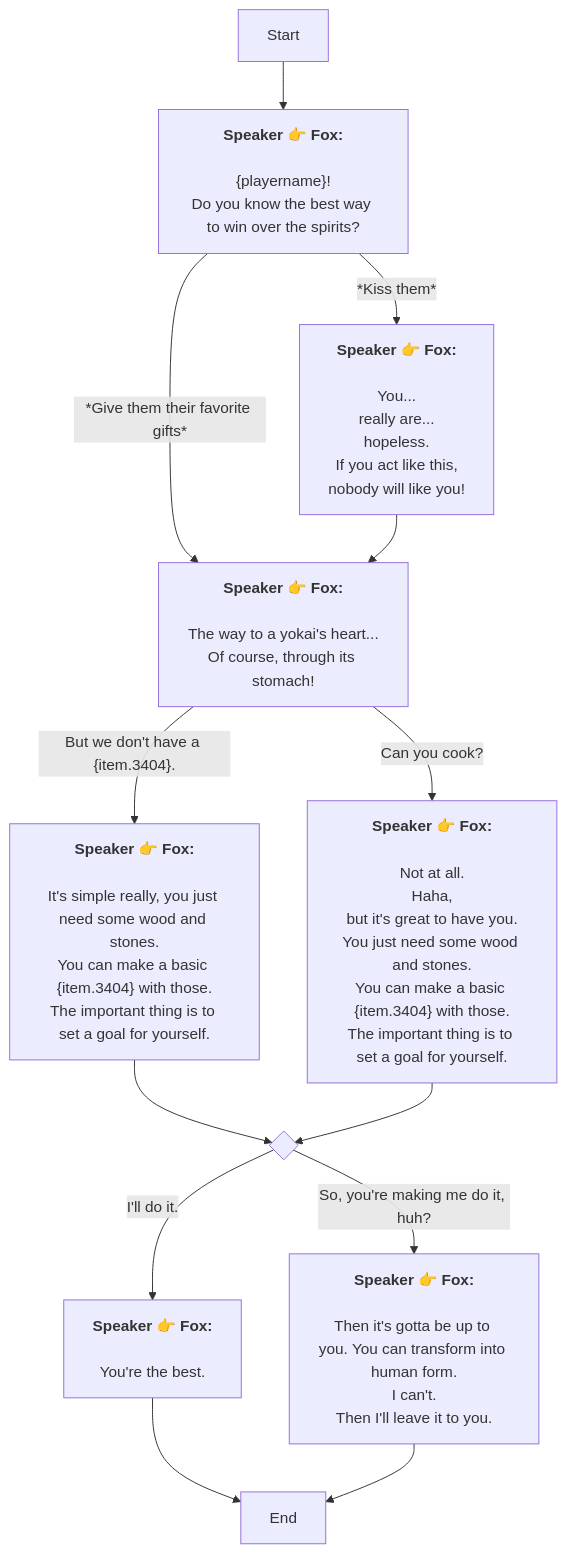
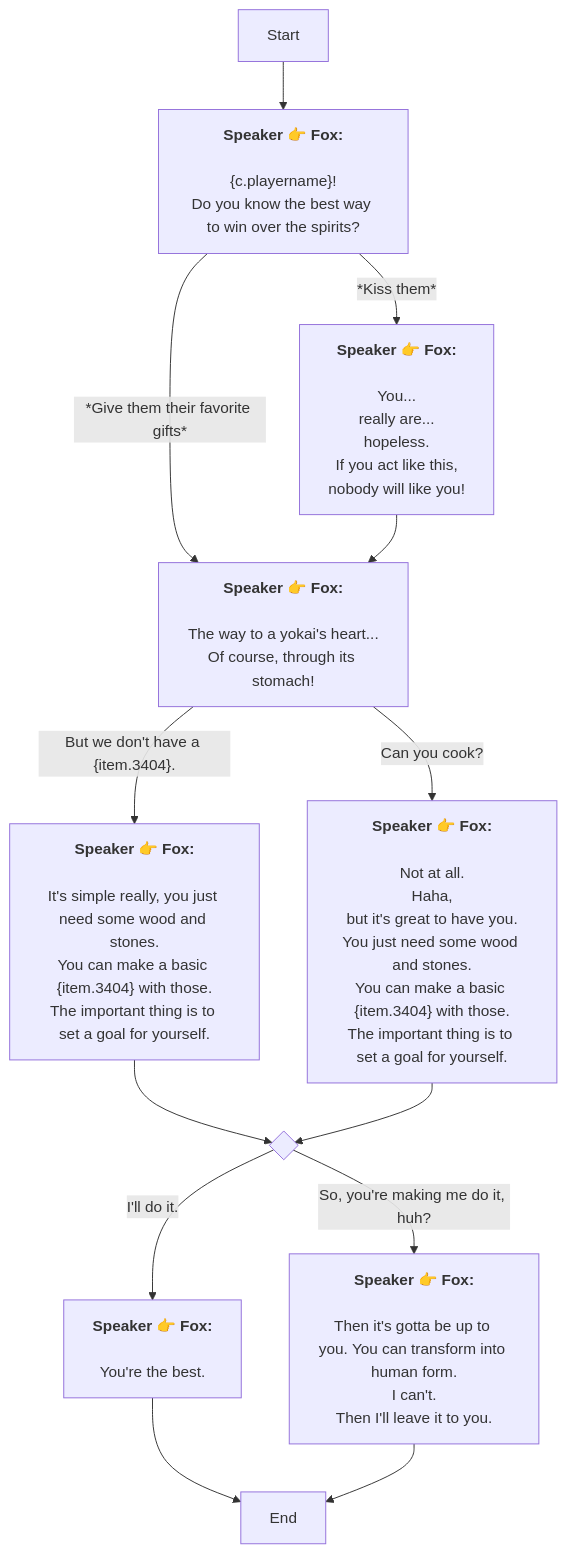
One commit to SoftHu/tos_avg changed the diagram in En/QuestStartTalkENode_1738530232465548.md. Above: the diagram before and after it, drawn with Mermaid. The commit also changed 410 other files, not shown here.

````diff
--- a/En/QuestStartTalkENode_1738530232465548.md
+++ b/En/QuestStartTalkENode_1738530232465548.md
@@ -1,36 +1,36 @@
 ```mermaid
 graph
 Start -->1738530500713615[<b>Speaker 👉 Fox:</b>
-\n&lbrace;playername&rbrace;!
+\n&lbrace;c.playername&rbrace;!
 Do you know the best way to win over the spirits?]
 1738530500713615 -->|*Kiss them*|1749512535586093[<b>Speaker 👉 Fox:</b>
 \nYou... 
 really are... 
 hopeless.\nIf you act like this,
 nobody will like you!]
 1738530500713615 -->|*Give them their favorite gifts*|1749512740558126[<b>Speaker 👉 Fox:</b>
 \nThe way to a yokai's heart...
 Of course, through its stomach!]
 1749512535586093 -->1749512740558126[<b>Speaker 👉 Fox:</b>
 \nThe way to a yokai's heart...
 Of course, through its stomach!]
 1749512740558126 -->|But we don't have a &lbrace;item.3404&rbrace;.|1751472270890311[<b>Speaker 👉 Fox:</b>
 \nIt's simple really, you just need some wood and stones.
 You can make a basic &lbrace;item.3404&rbrace; with those.
 The important thing is to set a goal for yourself.]
 1749512740558126 -->|Can you cook?|1751472323004745[<b>Speaker 👉 Fox:</b>
 \nNot at all.\nHaha,
 but it's great to have you.\nYou just need some wood and stones.
 You can make a basic &lbrace;item.3404&rbrace; with those.
 The important thing is to set a goal for yourself.]
 1751472270890311 -->437868067722577{ }
 1751472427525455 -->1738530669388945[End]
 1751472450629968 -->1738530669388945[End]
 1751472323004745 -->437868067722577{ }
 437868067722577 -->|I'll do it.|1751472427525455[<b>Speaker 👉 Fox:</b>
 \nYou're the best.]
 437868067722577 -->|So, you're making me do it, huh?|1751472450629968[<b>Speaker 👉 Fox:</b>
 \nThen it's gotta be up to you. You can transform into human form.
 I can't.\nThen I'll leave it to you.]
 
 ```
````
